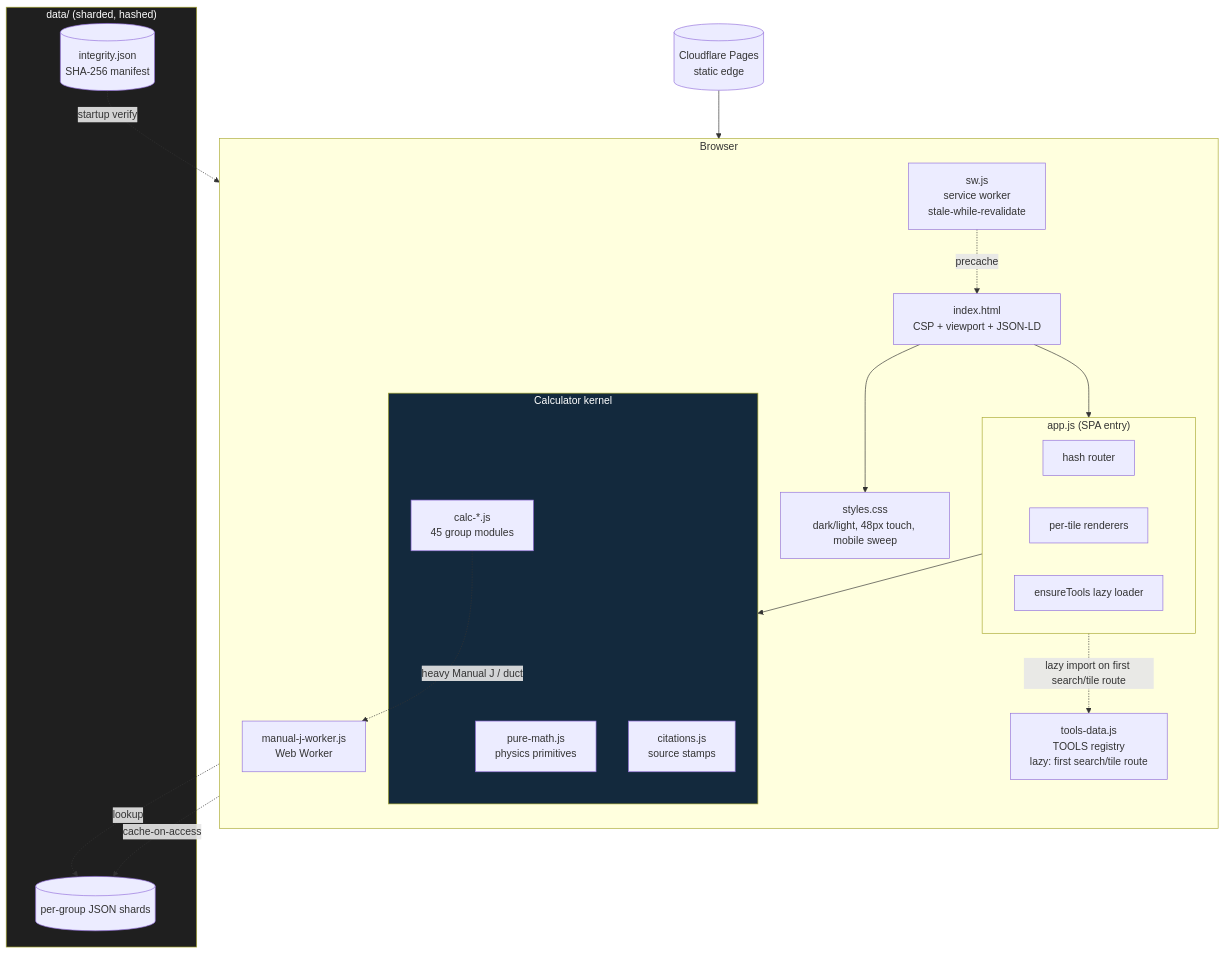
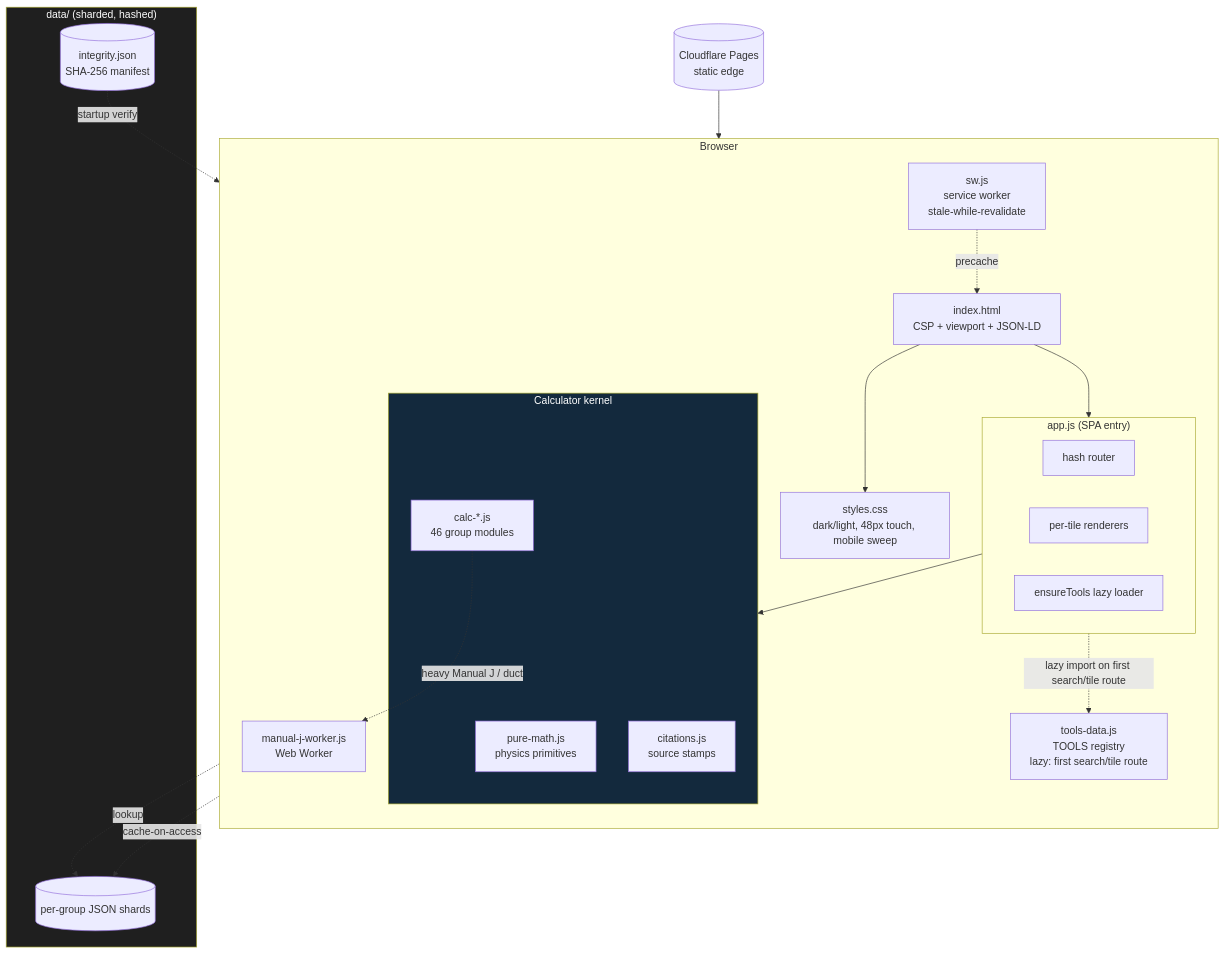
The second of 8 diagrams in README.md (clay-good/roughlogic.com), drawn with Mermaid before and after one commit. The commit also changed other lines of this file and 20 other files, not shown here.

````diff
--- a/README.md
+++ b/README.md
@@ -77,39 +77,39 @@
 ```mermaid
 flowchart TB
     subgraph Browser
         direction TB
         HTML[index.html\nCSP + viewport + JSON-LD]
         CSS[styles.css\ndark/light, 48px touch, mobile sweep]
         subgraph App["app.js (SPA entry)"]
             ROUTE[hash router]
             RENDER[per-tile renderers]
             ENSURE[ensureTools lazy loader]
         end
         TOOLS[tools-data.js\nTOOLS registry\nlazy: first search/tile route]
         subgraph Calc["Calculator kernel"]
             PM[pure-math.js\nphysics primitives]
-            CALC[calc-*.js\n45 group modules]
+            CALC[calc-*.js\n46 group modules]
             CIT[citations.js\nsource stamps]
         end
         SW[sw.js\nservice worker\nstale-while-revalidate]
         WORKER[manual-j-worker.js\nWeb Worker]
     end
     subgraph Data["data/ (sharded, hashed)"]
         SHARDS[(per-group JSON shards)]
         INTEG[(integrity.json\nSHA-256 manifest)]
     end
     CDN[(Cloudflare Pages\nstatic edge)]
 
     CDN --> HTML
     HTML --> CSS
     HTML --> App
     App -.lazy import on first search/tile route.-> TOOLS
     App --> Calc
     CALC -.->|heavy Manual J / duct| WORKER
     CALC -.->|lookup| SHARDS
     SW -.precache.-> HTML
     SW -.cache-on-access.-> SHARDS
     INTEG -.startup verify.-> App
     style Calc fill:#13293d,color:#fff
     style Data fill:#1f1f1f,color:#fff
 ```
````
